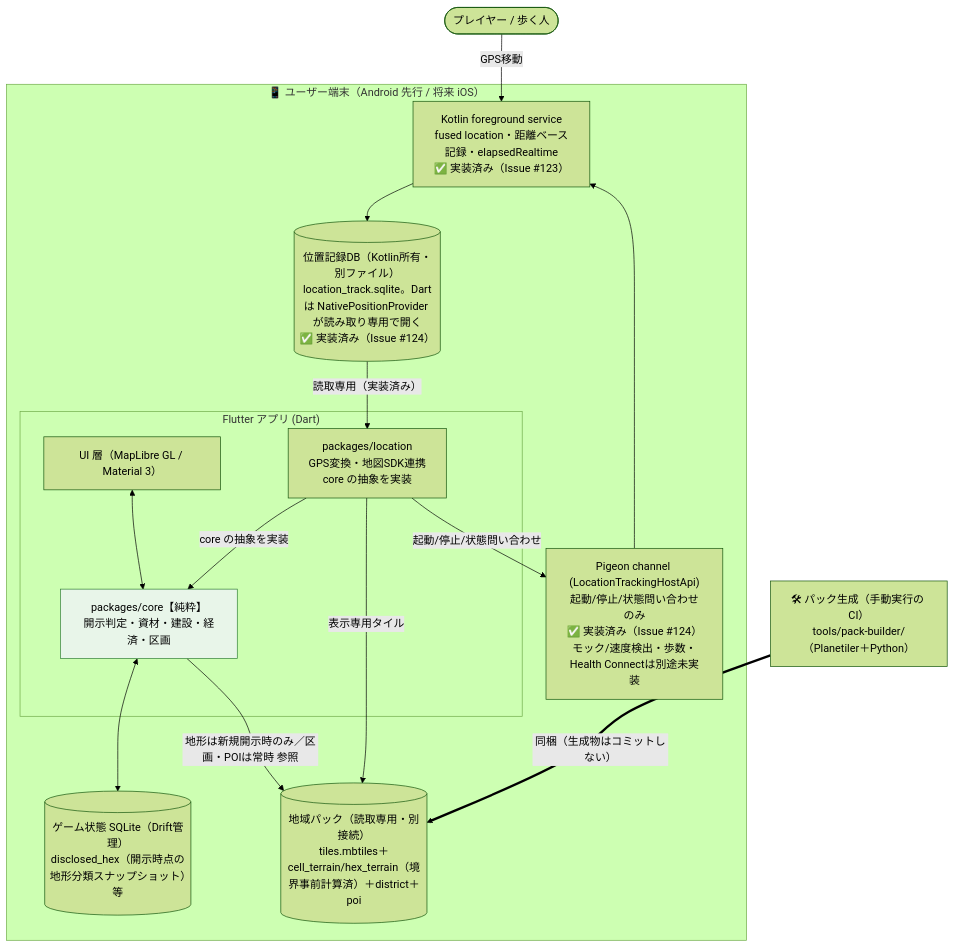
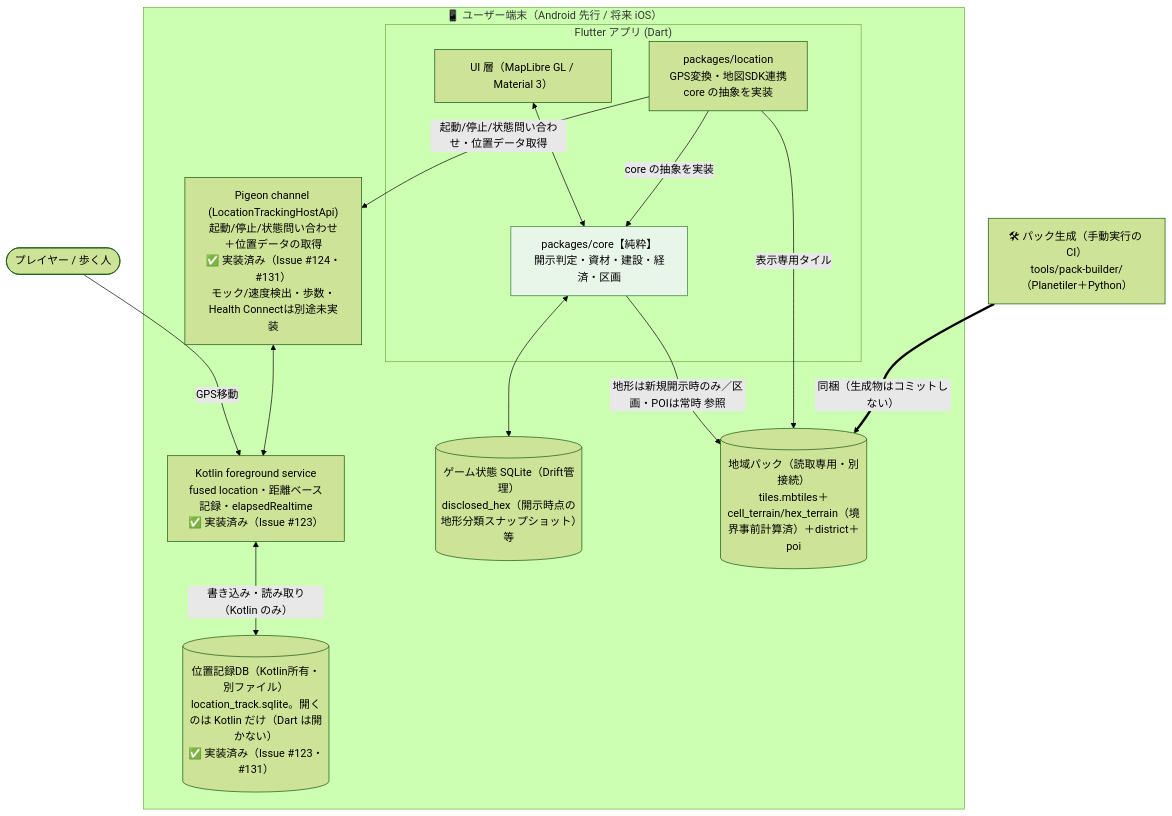
The diagram in README.md (rokusoudo-product/terra-town), drawn with Mermaid (forest theme) before and after one commit. The commit also changed other lines of this file and 1 other file, not shown here.

Commit message:
docs: README・architecture の構成図と注記を location_track.sqlite は Kotlin のみが開く設計に更新（Issue #131）

````diff
--- a/README.md
+++ b/README.md
@@ -34,34 +34,33 @@
 ```mermaid
 flowchart TB
     user([プレイヤー / 歩く人])
 
     subgraph device["📱 ユーザー端末（Android 先行 / 将来 iOS）"]
         subgraph flutter["Flutter アプリ (Dart)"]
             ui["UI 層（MapLibre GL / Material 3）"]
             core["packages/core【純粋】<br/>開示判定・資材・建設・経済・区画"]
             loc["packages/location<br/>GPS変換・地図SDK連携<br/>core の抽象を実装"]
         end
         fg["Kotlin foreground service<br/>fused location・距離ベース記録・elapsedRealtime<br/>✅ 実装済み（Issue #123）"]
-        pigeon["Pigeon channel (LocationTrackingHostApi)<br/>起動/停止/状態問い合わせのみ<br/>✅ 実装済み（Issue #124）<br/>モック/速度検出・歩数・Health Connectは別途未実装"]
+        pigeon["Pigeon channel (LocationTrackingHostApi)<br/>起動/停止/状態問い合わせ＋位置データの取得<br/>✅ 実装済み（Issue #124・#131）<br/>モック/速度検出・歩数・Health Connectは別途未実装"]
         gamedb[("ゲーム状態 SQLite（Drift管理）<br/>disclosed_hex（開示時点の地形分類スナップショット）等")]
-        trackdb[("位置記録DB（Kotlin所有・別ファイル）<br/>location_track.sqlite。Dartは NativePositionProvider が読み取り専用で開く<br/>✅ 実装済み（Issue #124）")]
+        trackdb[("位置記録DB（Kotlin所有・別ファイル）<br/>location_track.sqlite。開くのは Kotlin だけ（Dart は開かない）<br/>✅ 実装済み（Issue #123・#131）")]
         pack[("地域パック（読取専用・別接続）<br/>tiles.mbtiles＋cell_terrain/hex_terrain（境界事前計算済）＋district＋poi")]
     end
 
     ci["🛠 パック生成（手動実行の CI）<br/>tools/pack-builder/（Planetiler＋Python）"]
 
     user -->|GPS移動| fg
-    fg --> trackdb
-    trackdb -->|読取専用（実装済み）| loc
-    loc -->|起動/停止/状態問い合わせ| pigeon
-    pigeon --> fg
+    fg <-->|書き込み・読み取り（Kotlin のみ）| trackdb
+    loc -->|起動/停止/状態問い合わせ・位置データ取得| pigeon
+    pigeon <--> fg
     ui <--> core
     loc -->|core の抽象を実装| core
     core <--> gamedb
     core -->|地形は新規開示時のみ／区画・POIは常時 参照| pack
     loc -->|表示専用タイル| pack
     ci ==>|同梱（生成物はコミットしない）| pack
 
     classDef pure fill:#e8f5e9,stroke:#2e7d32;
     class core pure
 ```
````
